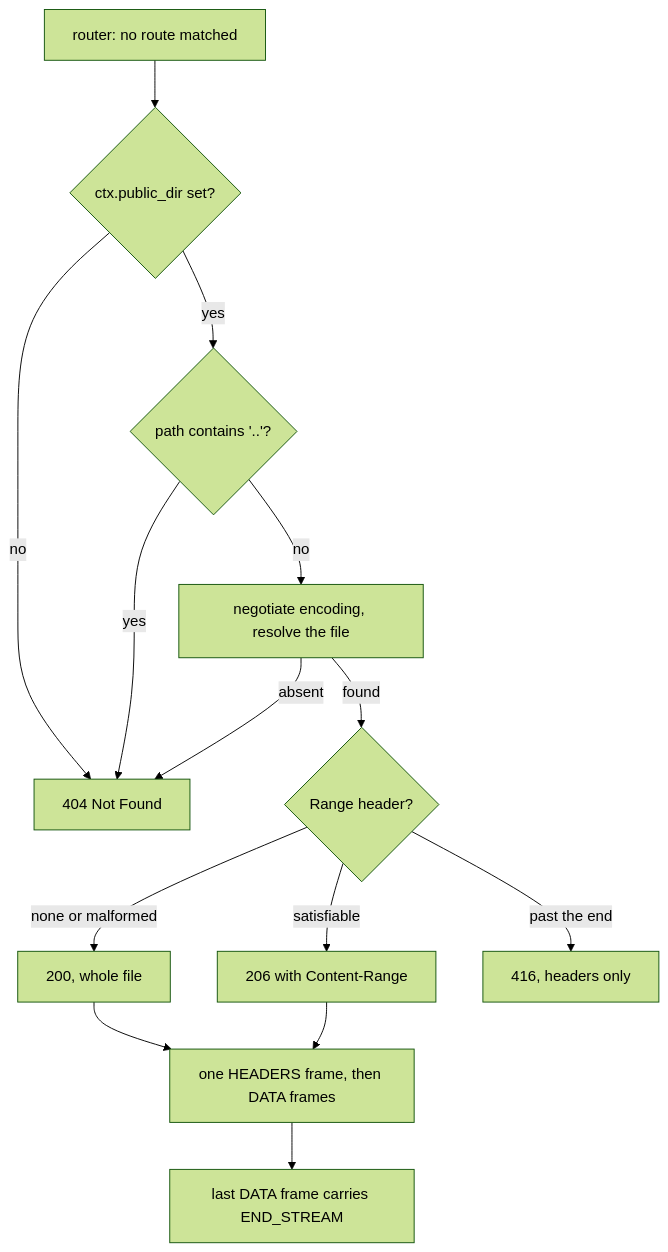
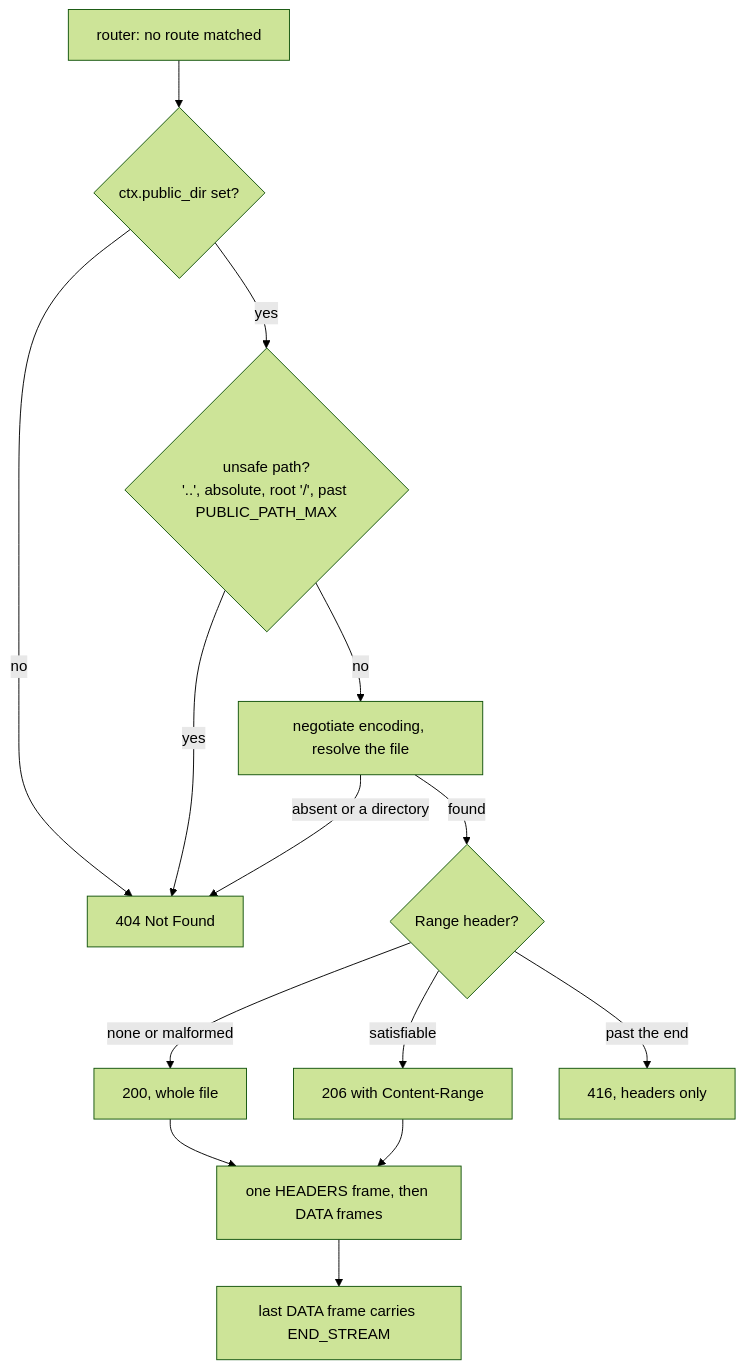
The fourth of 5 diagrams in docs/hld-http2-en.md (prothegee/zix), drawn with Mermaid (forest theme) before and after one commit. The commit also changed other lines of this file, not shown here.

First line of the commit message:
update the HTTP/2 hld for the static path

````diff
--- a/docs/hld-http2-en.md
+++ b/docs/hld-http2-en.md
@@ -237,16 +238,16 @@
 ```mermaid
 flowchart TD
     A["router: no route matched"] --> B{"ctx.public_dir set?"}
     B -->|no| Z["404 Not Found"]
-    B -->|yes| C{"path contains '..'?"}
+    B -->|yes| C{"unsafe path?\n'..', absolute, root '/', past PUBLIC_PATH_MAX"}
     C -->|yes| Z
     C -->|no| D["negotiate encoding, resolve the file"]
-    D -->|absent| Z
+    D -->|absent or a directory| Z
     D -->|found| E{"Range header?"}
     E -->|none or malformed| F["200, whole file"]
     E -->|satisfiable| G["206 with Content-Range"]
     E -->|past the end| H["416, headers only"]
     F --> I["one HEADERS frame, then DATA frames"]
     G --> I
     I --> J["last DATA frame carries END_STREAM"]
 ```
````
